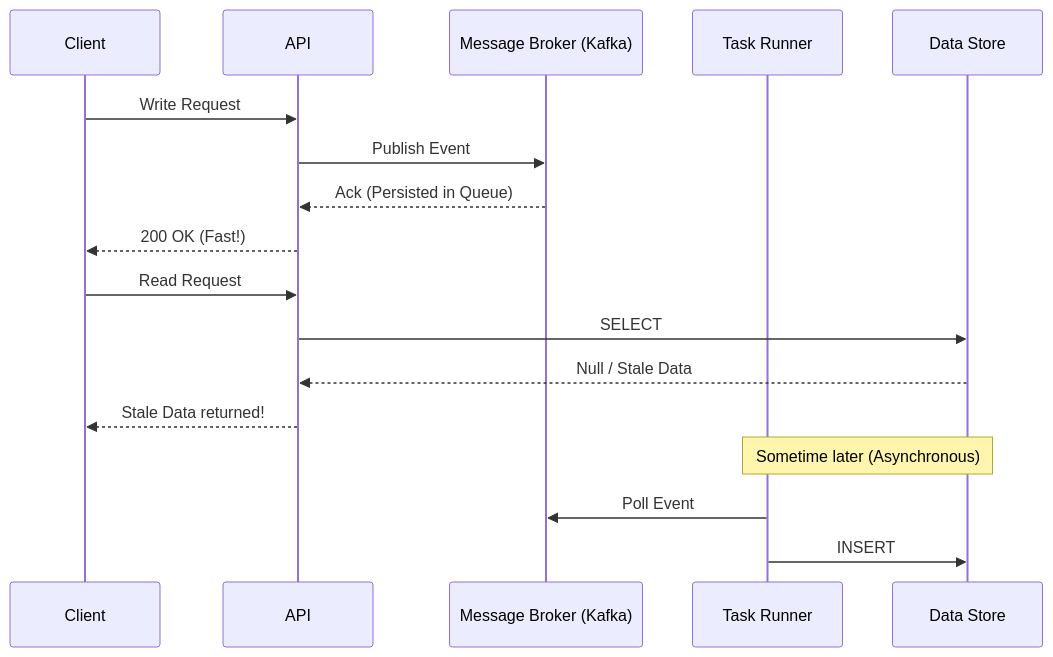
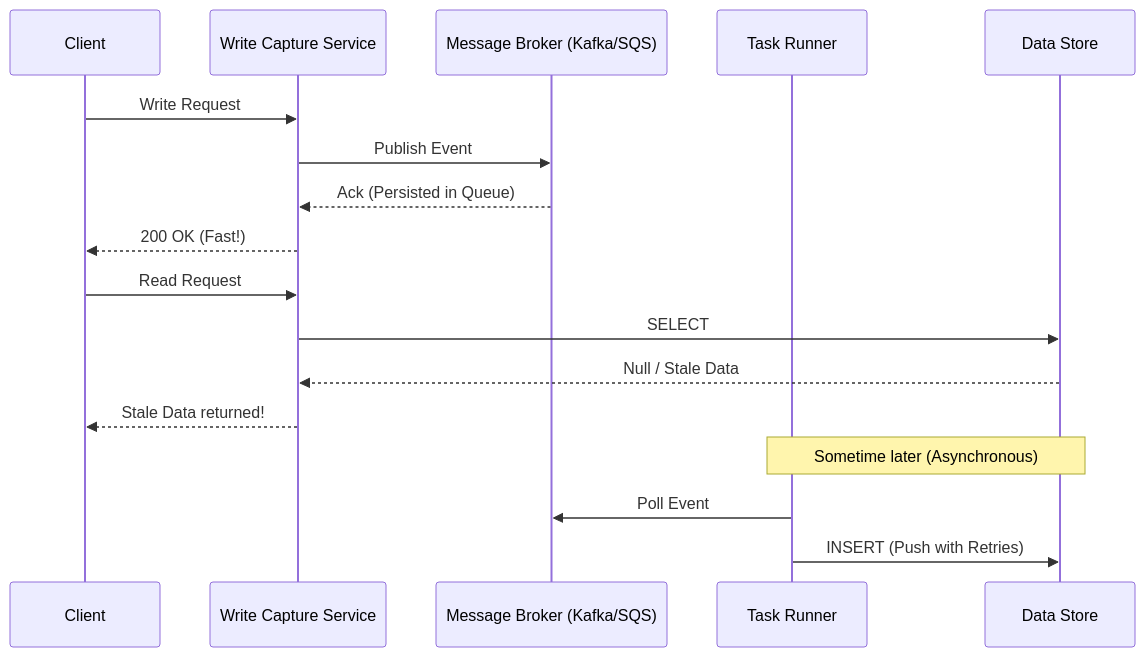
Before and after one commit to abhinnaagrawal/system-design-notes: diagram 13 of 19 in Building_Blocks.md, drawn with Mermaid. The commit also changed other lines of this file and 7 other files, not shown here.

````diff
--- a/Building_Blocks.md
+++ b/Building_Blocks.md
@@ -1032,22 +1139,22 @@
 ```mermaid
 sequenceDiagram
     participant Client
-    participant API
-    participant Broker as Message Broker (Kafka)
+    participant API as Write Capture Service
+    participant Broker as Message Broker (Kafka/SQS)
     participant Runner as Task Runner
     participant DB as Data Store
     
     Client->>API: Write Request
     API->>Broker: Publish Event
     Broker-->>API: Ack (Persisted in Queue)
     API-->>Client: 200 OK (Fast!)
     
     Client->>API: Read Request
     API->>DB: SELECT
     DB-->>API: Null / Stale Data
     API-->>Client: Stale Data returned!
     
     Note over Runner, DB: Sometime later (Asynchronous)
     Runner->>Broker: Poll Event
-    Runner->>DB: INSERT
+    Runner->>DB: INSERT (Push with Retries)
 ```
````
